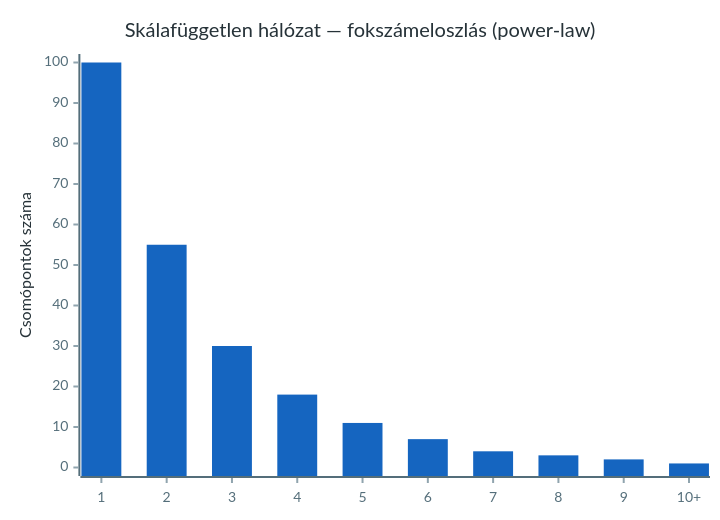
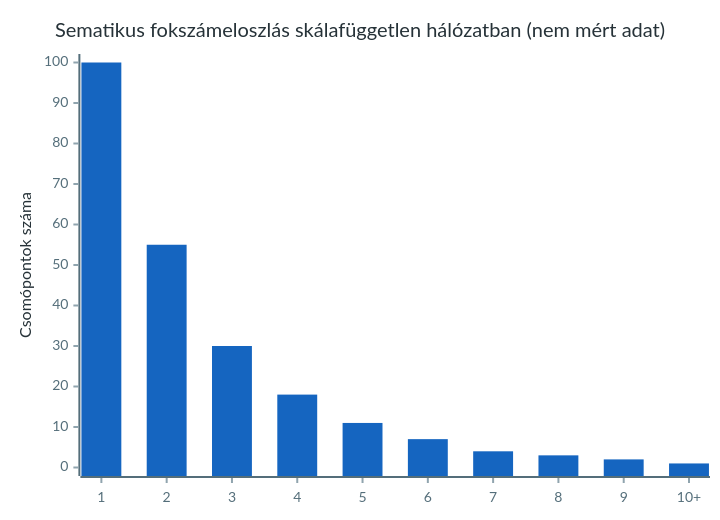
The second of 4 diagrams in Tételek/V20-GMXVU2MBLF-Hálózati üzleti stratégia.tétel.md (denespocsik/MM_BSC_Zarovizsga), drawn with Mermaid before and after one commit. The commit also changed other lines of this file and 3 other files, not shown here.

````diff
--- a/Tételek/V20-GMXVU2MBLF-Hálózati üzleti stratégia.tétel.md
+++ b/Tételek/V20-GMXVU2MBLF-Hálózati üzleti stratégia.tétel.md
@@ -38,8 +50,8 @@
 ```mermaid
 %%{init: {'theme':'base','themeVariables':{'xyChart':{'backgroundColor':'#ffffff','titleColor':'#263238','xAxisLabelColor':'#546e7a','xAxisTitleColor':'#263238','xAxisTickColor':'#90a4ae','xAxisLineColor':'#546e7a','yAxisLabelColor':'#546e7a','yAxisTitleColor':'#263238','yAxisTickColor':'#90a4ae','yAxisLineColor':'#546e7a','plotColorPalette':'#1565c0,#c2185b'}}}}%%
 xychart-beta
-    title "Skálafüggetlen hálózat — fokszámeloszlás (power-law)"
+    title "Sematikus fokszámeloszlás skálafüggetlen hálózatban (nem mért adat)"
     x-axis ["1", "2", "3", "4", "5", "6", "7", "8", "9", "10+"]
     y-axis "Csomópontok száma" 0 --> 100
     bar [100, 55, 30, 18, 11, 7, 4, 3, 2, 1]
 ```
````
